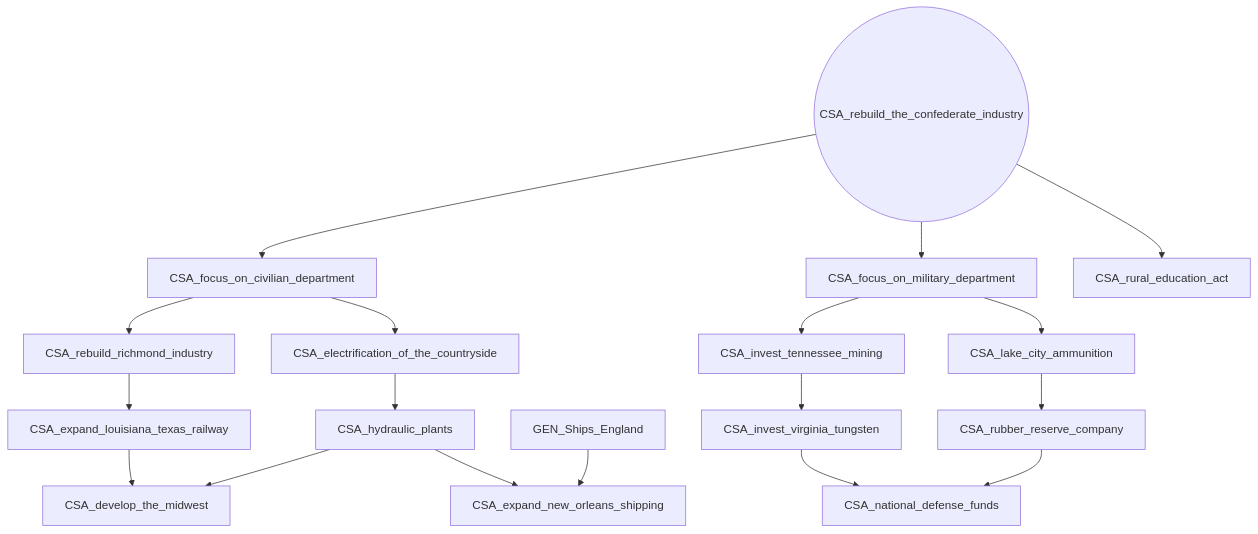
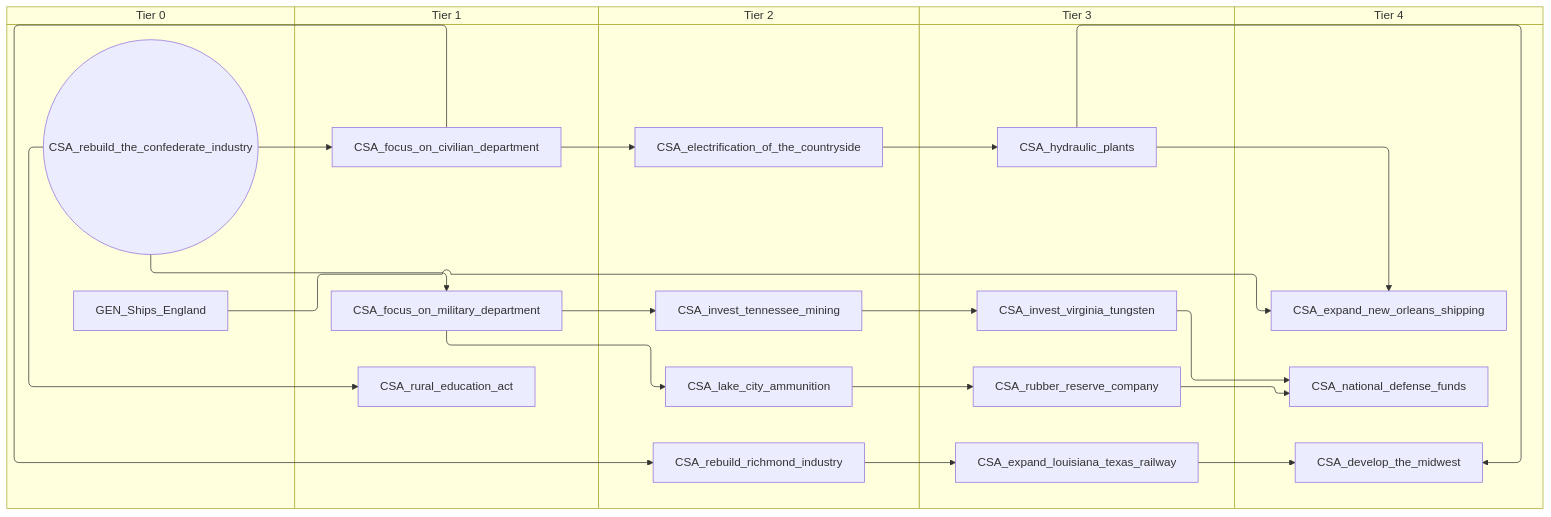
Before and after one commit to evgeny-sobol/hoi4-sandbox-mode-r56: the first of 2 diagrams in docs/gdd/National Focuses/r56/csa.md, drawn with Mermaid. The commit also changed other lines of this file and 423 other files, not shown here.

First line of the commit message:
Re-export Rt56 focus trees as swimlane diagrams

````diff
--- a/docs/gdd/National Focuses/r56/csa.md
+++ b/docs/gdd/National Focuses/r56/csa.md
@@ -3,36 +3,46 @@
 ```mermaid
-flowchart TD
-    n1["CSA_develop_the_midwest"]
-    n2["CSA_electrification_of_the_countryside"]
-    n3["CSA_expand_louisiana_texas_railway"]
-    n4["CSA_expand_new_orleans_shipping"]
-    n5["CSA_focus_on_civilian_department"]
-    n6["CSA_focus_on_military_department"]
-    n7["CSA_hydraulic_plants"]
-    n8["CSA_invest_tennessee_mining"]
-    n9["CSA_invest_virginia_tungsten"]
-    n10["CSA_lake_city_ammunition"]
-    n11["CSA_national_defense_funds"]
-    n12["CSA_rebuild_richmond_industry"]
-    n13(("CSA_rebuild_the_confederate_industry"))
-    n14["CSA_rubber_reserve_company"]
-    n15["CSA_rural_education_act"]
-    n16["GEN_Ships_England"]
-    n7 --> n1
-    n3 --> n1
-    n5 --> n2
-    n12 --> n3
-    n16 --> n4
-    n7 --> n4
-    n13 --> n5
-    n13 --> n6
-    n2 --> n7
-    n6 --> n8
-    n8 --> n9
-    n6 --> n10
-    n14 --> n11
-    n9 --> n11
-    n5 --> n12
+swimlane-beta TD
+    subgraph tier_0["Tier 0"]
+        n1(("CSA_rebuild_the_confederate_industry"))
+        n2["GEN_Ships_England"]
+    end
+    subgraph tier_1["Tier 1"]
+        n3["CSA_focus_on_civilian_department"]
+        n4["CSA_focus_on_military_department"]
+        n5["CSA_rural_education_act"]
+    end
+    subgraph tier_2["Tier 2"]
+        n6["CSA_electrification_of_the_countryside"]
+        n7["CSA_invest_tennessee_mining"]
+        n8["CSA_lake_city_ammunition"]
+        n9["CSA_rebuild_richmond_industry"]
+    end
+    subgraph tier_3["Tier 3"]
+        n10["CSA_expand_louisiana_texas_railway"]
+        n11["CSA_hydraulic_plants"]
+        n12["CSA_invest_virginia_tungsten"]
+        n13["CSA_rubber_reserve_company"]
+    end
+    subgraph tier_4["Tier 4"]
+        n14["CSA_develop_the_midwest"]
+        n15["CSA_expand_new_orleans_shipping"]
+        n16["CSA_national_defense_funds"]
+    end
+    n11 --> n14
     n10 --> n14
-    n13 --> n15
+    n3 --> n6
+    n9 --> n10
+    n2 --> n15
+    n11 --> n15
+    n1 --> n3
+    n1 --> n4
+    n6 --> n11
+    n4 --> n7
+    n7 --> n12
+    n4 --> n8
+    n13 --> n16
+    n12 --> n16
+    n3 --> n9
+    n8 --> n13
+    n1 --> n5
 ```
````
